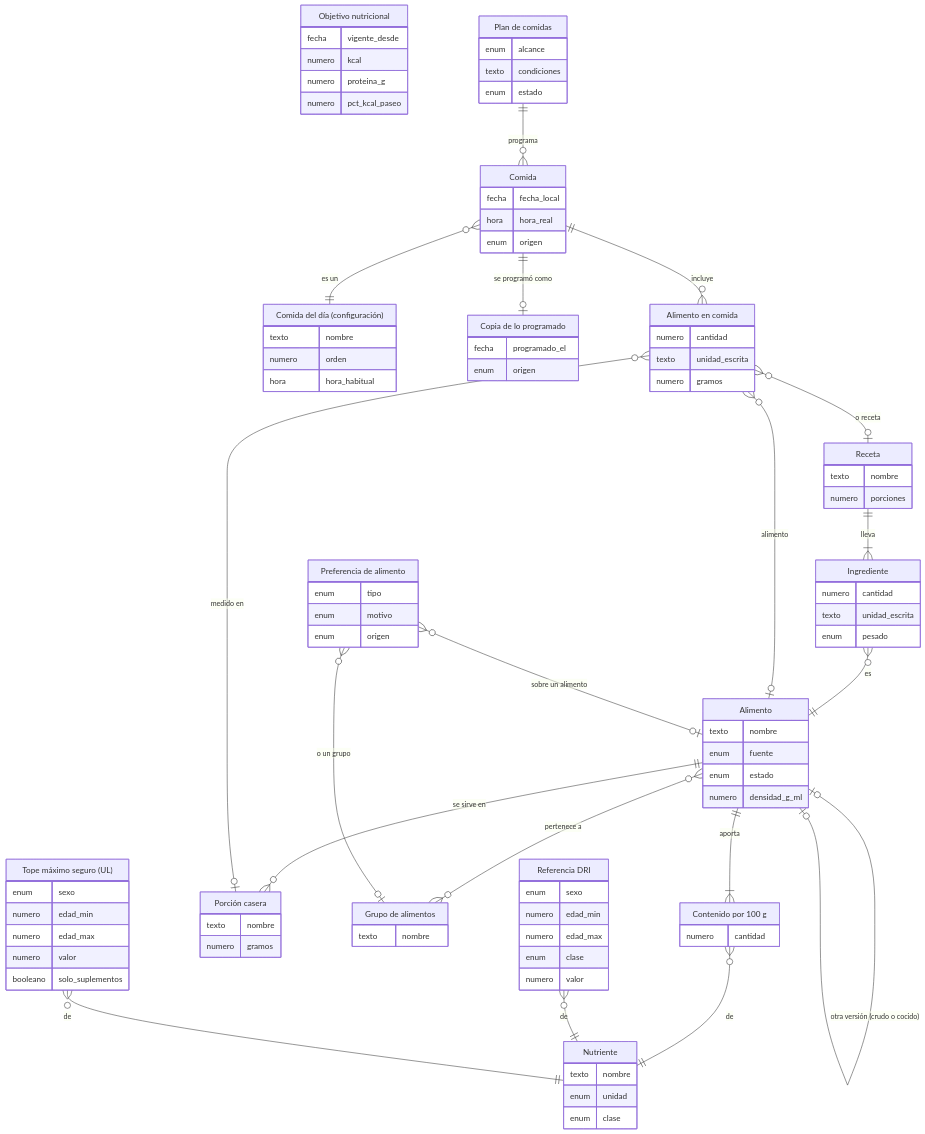
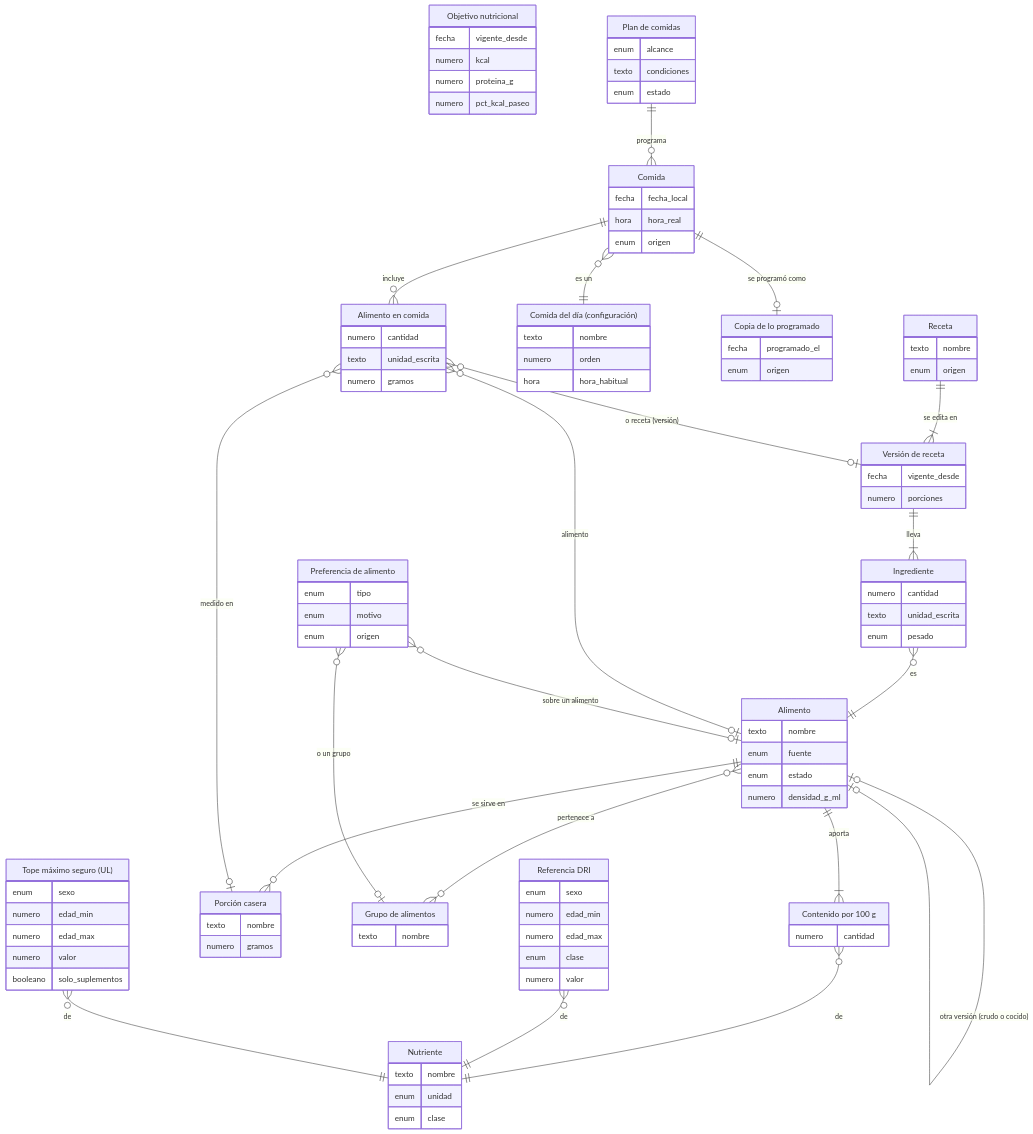
Before and after one commit to FrancisG01/coach-fitness-ai: the fifth of 9 diagrams in docs/database/modelo-conceptual.md, drawn with Mermaid. The commit also changed other lines of this file and 12 other files, not shown here.

```diff
--- a/docs/database/modelo-conceptual.md
+++ b/docs/database/modelo-conceptual.md
@@ -384,6 +384,10 @@
   }
   RECETA["Receta"] {
     texto nombre
+    enum origen
+  }
+  VERSION_REC["Versión de receta"] {
+    fecha vigente_desde
     numero porciones
   }
   INGREDIENTE["Ingrediente"] {
@@ -446,12 +450,13 @@
   CONTENIDO }o--|| NUTRIENTE : "de"
   ALIMENTO ||--o{ PORCION : "se sirve en"
   ALIMENTO }o--o{ GRUPO_ALIM : "pertenece a"
-  RECETA ||--|{ INGREDIENTE : "lleva"
+  RECETA ||--|{ VERSION_REC : "se edita en"
+  VERSION_REC ||--|{ INGREDIENTE : "lleva"
   INGREDIENTE }o--|| ALIMENTO : "es"
   COMIDA }o--|| COMIDA_TIPO : "es un"
   COMIDA ||--o{ ITEM : "incluye"
   ITEM }o--o| ALIMENTO : "alimento"
-  ITEM }o--o| RECETA : "o receta"
+  ITEM }o--o| VERSION_REC : "o receta (versión)"
   ITEM }o--o| PORCION : "medido en"
   PREFERENCIA }o--o| ALIMENTO : "sobre un alimento"
   PREFERENCIA }o--o| GRUPO_ALIM : "o un grupo"
```
